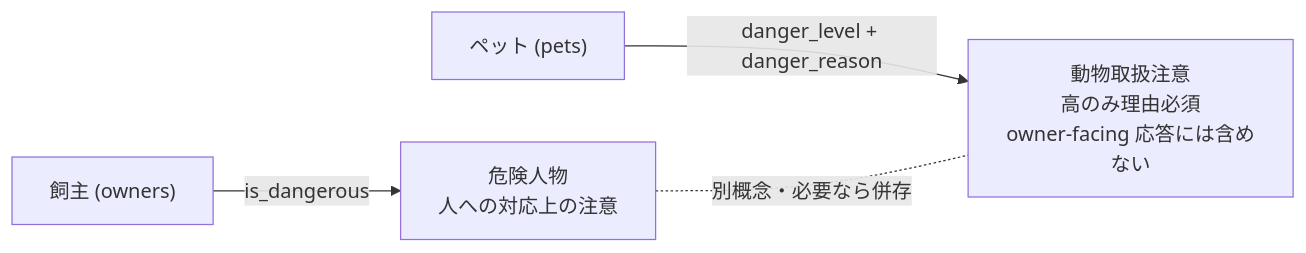
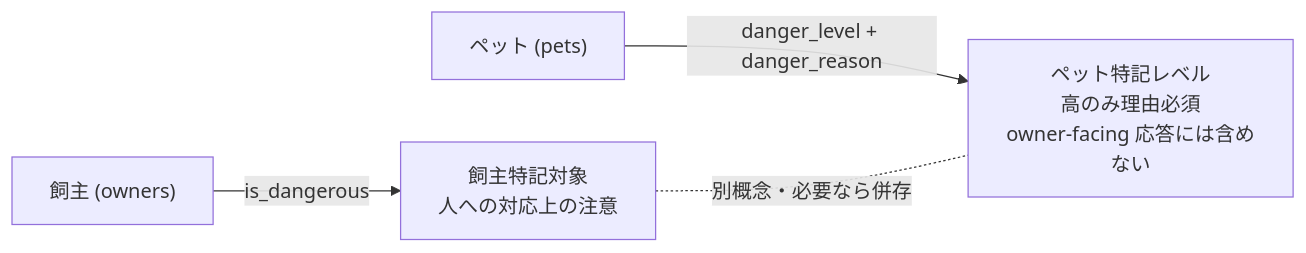
One commit to MinoruSoga/AnimalEkarte changed the diagram in docs/spec/screens/04-owners-form.md. Above: the diagram before and after it, drawn with Mermaid. The commit also changed other lines of this file and 32 other files, not shown here.

````diff
--- a/docs/spec/screens/04-owners-form.md
+++ b/docs/spec/screens/04-owners-form.md
@@ -69,6 +70,6 @@
 ```mermaid
 flowchart LR
-    O["飼主 (owners)"] -->|"is_dangerous"| OD["危険人物<br>人への対応上の注意"]
-    P["ペット (pets)"] -->|"danger_level + danger_reason"| PD["動物取扱注意<br>高のみ理由必須<br>owner-facing 応答には含めない"]
+    O["飼主 (owners)"] -->|"is_dangerous"| OD["飼主特記対象<br>人への対応上の注意"]
+    P["ペット (pets)"] -->|"danger_level + danger_reason"| PD["ペット特記レベル<br>高のみ理由必須<br>owner-facing 応答には含めない"]
     OD -. "別概念・必要なら併存" .- PD
 ```
````
